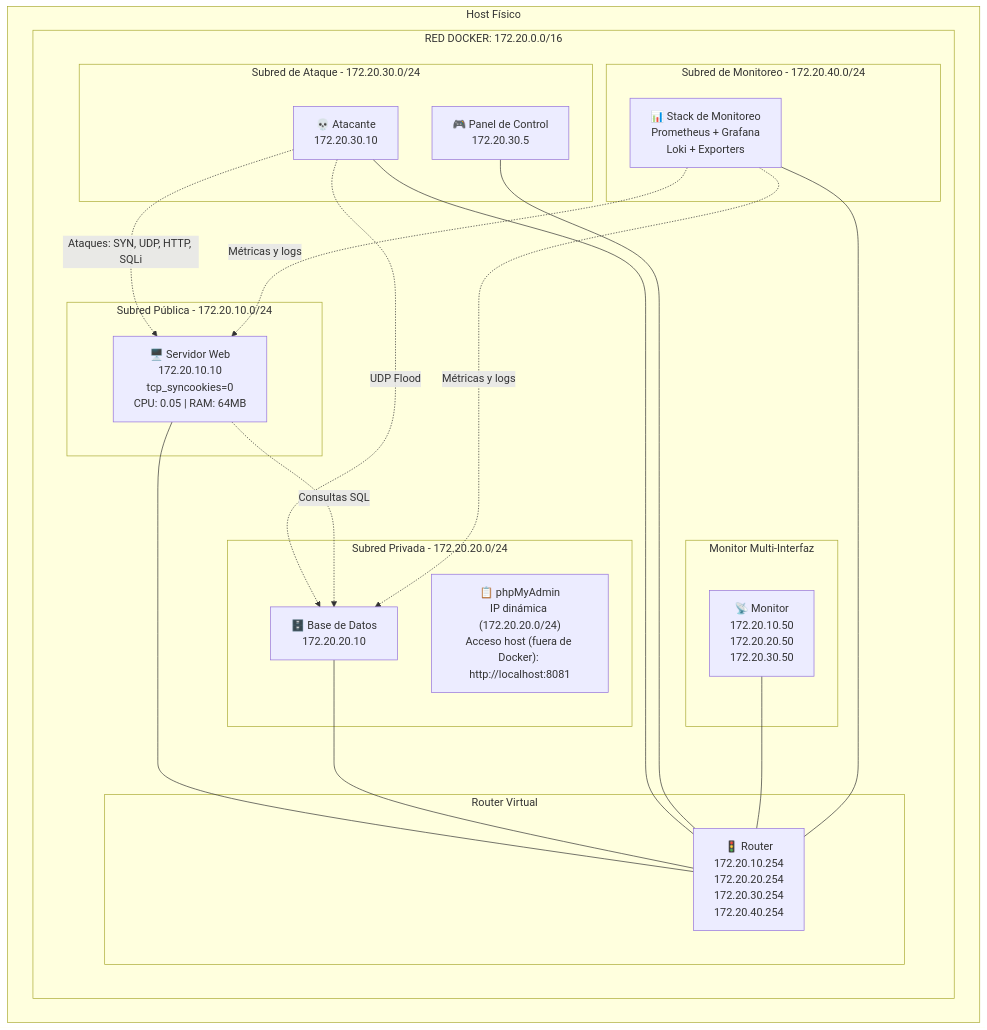
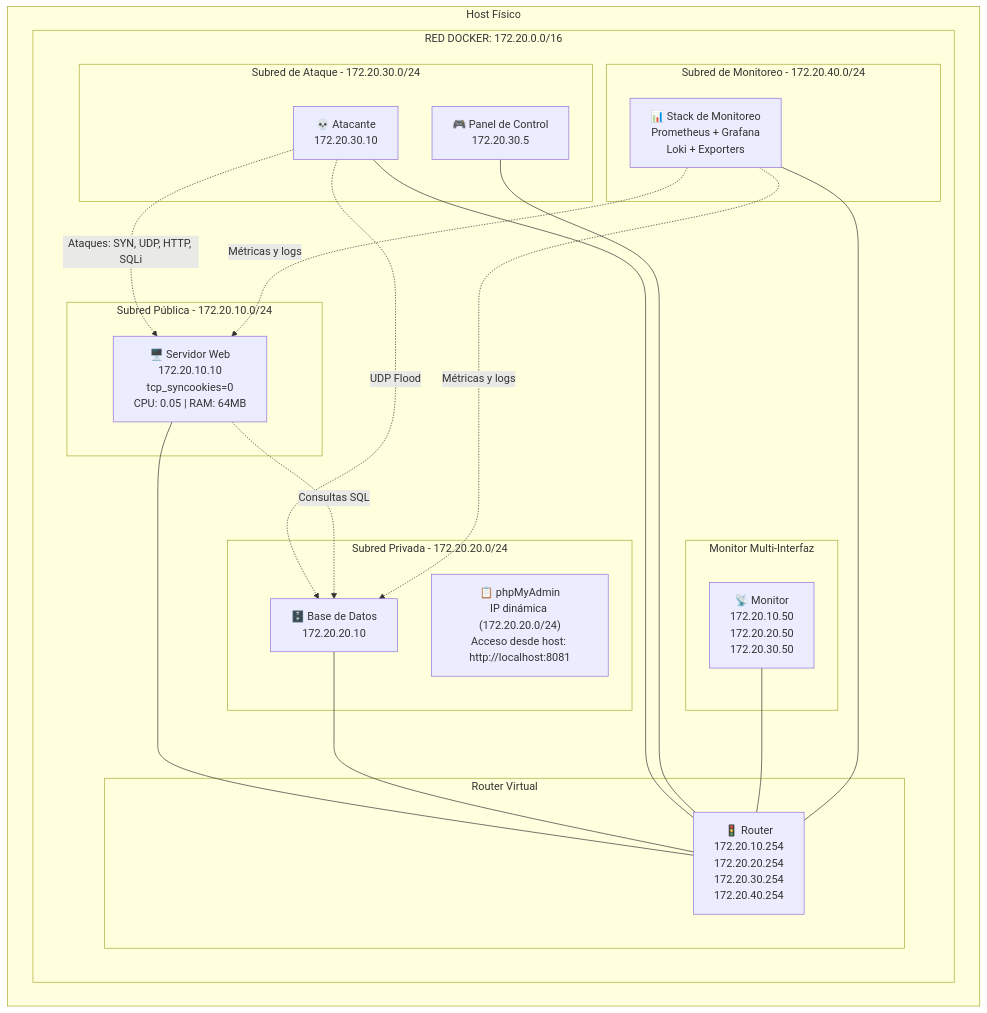
The diagram in README.md (Santiago79/proyecto-redes-usfq), drawn with Mermaid before and after one commit. The commit also changed other lines of this file, not shown here.

Commit message:
Tighten phrasing for host access and monitoring
Agent-Logs-Url: https://github.com/Santiago79/proyecto-redes-usfq/sessions/0ccf0fc1-9bcc-4a05-af49-85f1e9a1987f

````diff
--- a/README.md
+++ b/README.md
@@ -19,47 +19,47 @@
 ```mermaid
 graph TD
     subgraph "Host Físico"
         subgraph "RED DOCKER: 172.20.0.0/16"
             
             subgraph "Subred Pública - 172.20.10.0/24"
                 WEB["🖥️ Servidor Web<br/>172.20.10.10<br/>tcp_syncookies=0<br/>CPU: 0.05 | RAM: 64MB"]
             end
 
             subgraph "Subred Privada - 172.20.20.0/24"
                 DB["🗄️ Base de Datos<br/>172.20.20.10"]
-                PHPMYADMIN["📋 phpMyAdmin<br/>IP dinámica (172.20.20.0/24)<br/>Acceso host (fuera de Docker): http://localhost:8081"]
+                PHPMYADMIN["📋 phpMyAdmin<br/>IP dinámica (172.20.20.0/24)<br/>Acceso desde host: http://localhost:8081"]
             end
 
             subgraph "Subred de Ataque - 172.20.30.0/24"
                 ATTACKER["💀 Atacante<br/>172.20.30.10"]
                 PANEL["🎮 Panel de Control<br/>172.20.30.5"]
             end
 
             subgraph "Subred de Monitoreo - 172.20.40.0/24"
                 OBS["📊 Stack de Monitoreo<br/>Prometheus + Grafana<br/>Loki + Exporters"]
             end
 
             subgraph "Router Virtual"
                 ROUTER["🚦 Router<br/>172.20.10.254<br/>172.20.20.254<br/>172.20.30.254<br/>172.20.40.254"]
             end
 
             subgraph "Monitor Multi-Interfaz"
                 MONITOR["📡 Monitor<br/>172.20.10.50<br/>172.20.20.50<br/>172.20.30.50"]
             end
 
         end
     end
 
     WEB --- ROUTER
     DB --- ROUTER
     ATTACKER --- ROUTER
     PANEL --- ROUTER
     MONITOR --- ROUTER
     OBS --- ROUTER
 
     ATTACKER -.->|Ataques: SYN, UDP, HTTP, SQLi| WEB
     ATTACKER -.->|UDP Flood| DB
     WEB -.->|Consultas SQL| DB
     OBS -.->|Métricas y logs| WEB
     OBS -.->|Métricas y logs| DB
 ```
````
